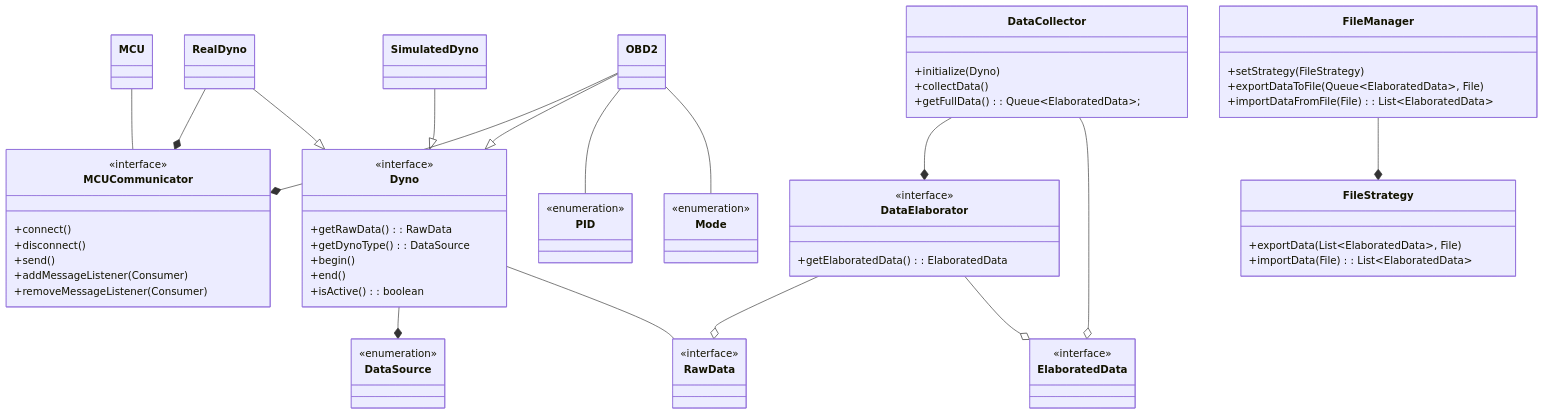
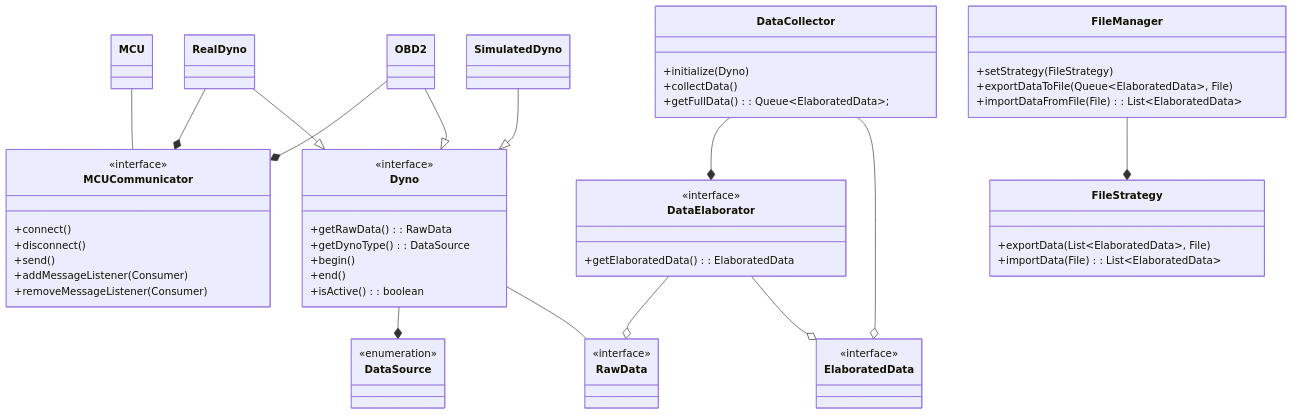
The first of 8 diagrams in report.md (unibo-oop-projects/OOP24-Alessandro-CristoferNapolitano-SolarEgg-TodeschiMatteo-java-dyno), drawn with Mermaid before and after one commit. The commit also changed other lines of this file, not shown here.

Commit message:
architecture description

````diff
--- a/report.md
+++ b/report.md
@@ -92,8 +92,6 @@
     DataCollector --* DataElaborator
     DataCollector --o ElaboratedData
     OBD2 --|> Dyno
-    OBD2 -- PID
-    OBD2 -- Mode
     FileManager --* FileStrategy
 
     class MCUCommunicator {
@@ -148,12 +146,6 @@
     class OBD2 {
     }
 
-    class Mode {
-    }
-
-    class PID {
-    }
-
     class RealDyno {
     }
 
@@ -166,7 +158,5 @@
 	<<interface>> RawData
 	<<interface>> ElaboratedData
 	<<enumeration>> DataSource
-	<<enumeration>> Mode
-	<<enumeration>> PID
 
 ```
````
